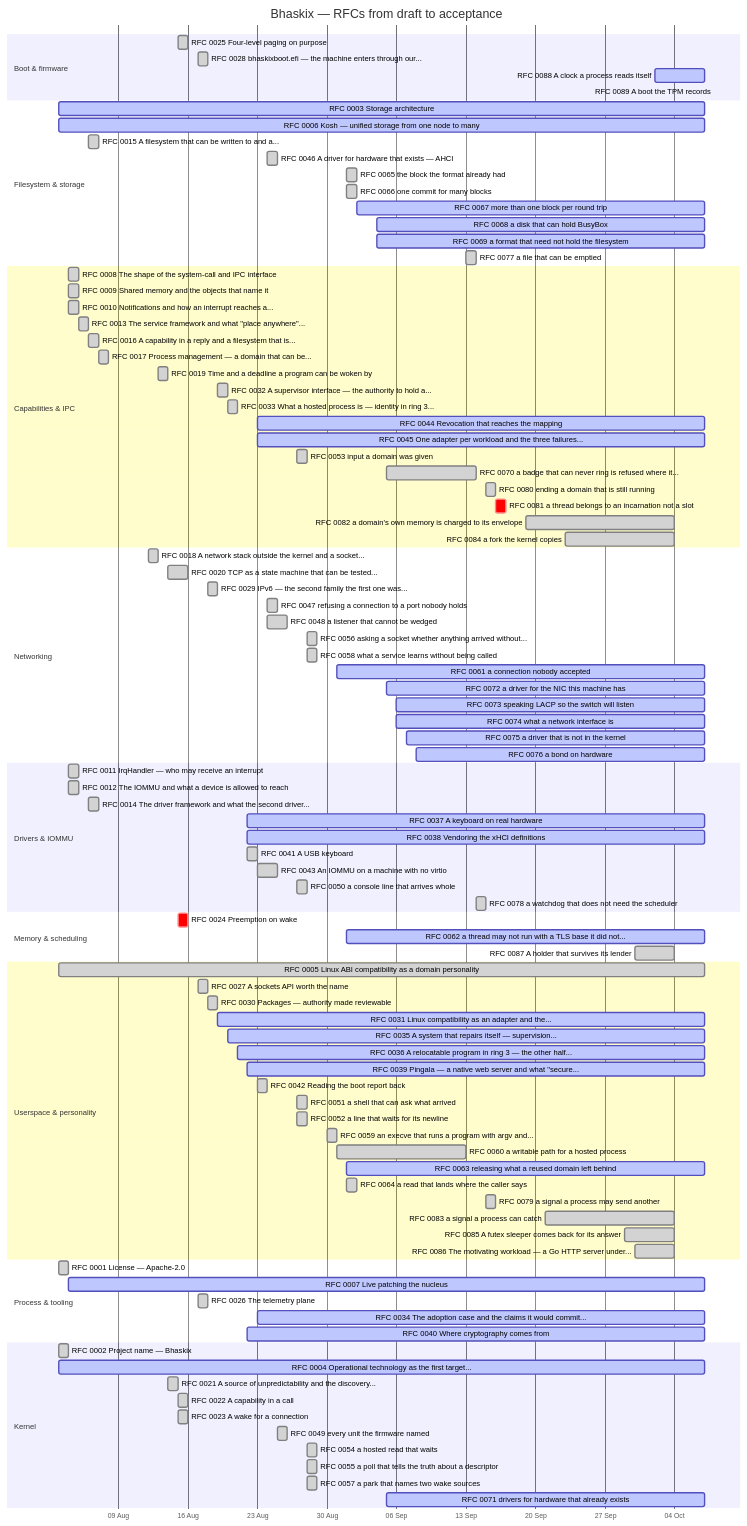
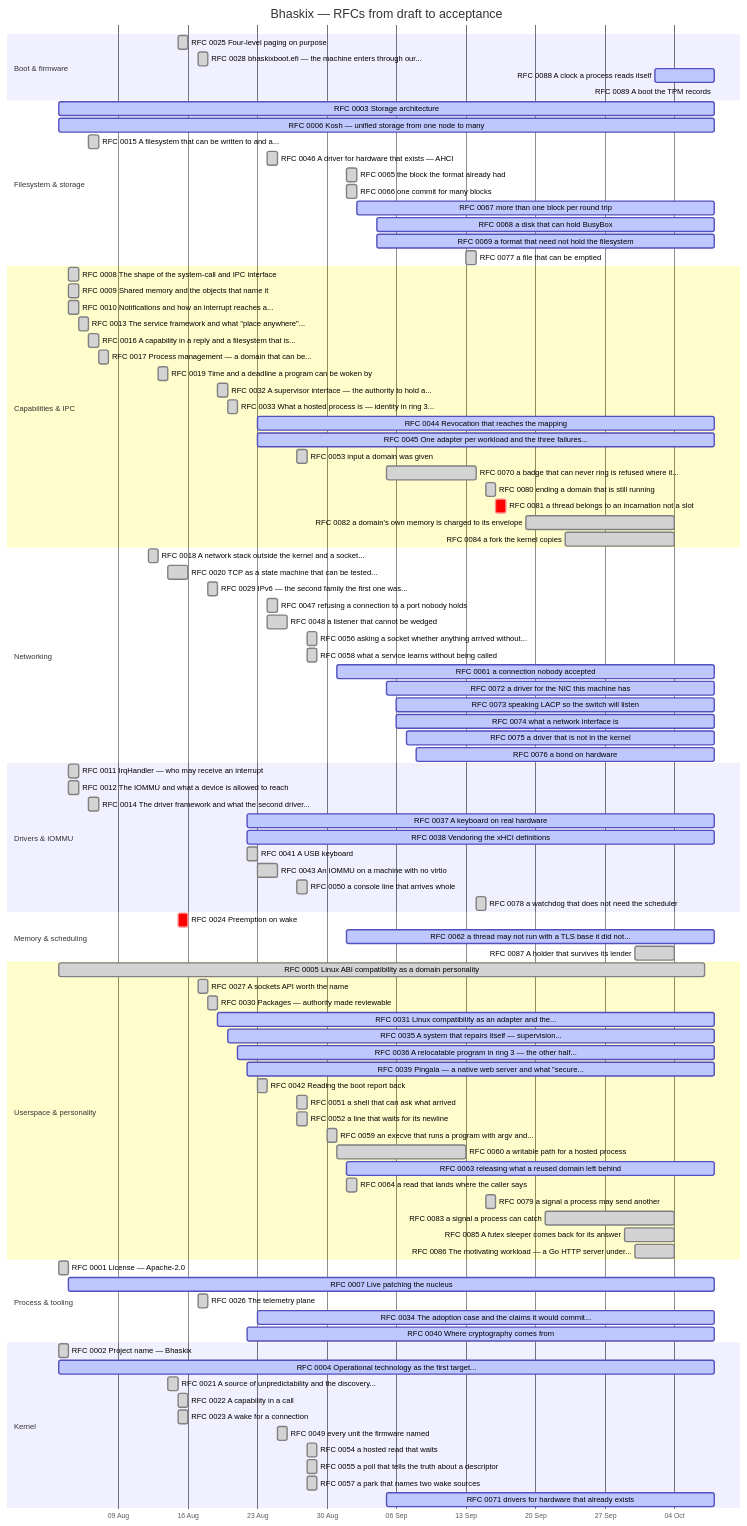
The diagram in docs/progress.md (bhaskix/bhaskix), drawn with Mermaid before and after one commit. The commit also changed other lines of this file and 7 other files, not shown here.

````diff
--- a/docs/progress.md
+++ b/docs/progress.md
@@ -30,18 +30,18 @@
     section Boot & firmware
     RFC 0025 Four-level paging on purpose :done, r0025, 2026-08-15, 2026-08-16
     RFC 0028 bhaskixboot.efi — the machine enters through our... :done, r0028, 2026-08-17, 2026-08-18
-    RFC 0088 A clock a process reads itself :active, r0088, 2026-10-02, 2026-10-07
+    RFC 0088 A clock a process reads itself :active, r0088, 2026-10-02, 2026-10-08
     RFC 0089 A boot the TPM records :active, r0089, 2026-10-08, 2026-10-08
     section Filesystem & storage
-    RFC 0003 Storage architecture :active, r0003, 2026-08-03, 2026-10-07
-    RFC 0006 Kosh — unified storage from one node to many :active, r0006, 2026-08-03, 2026-10-07
+    RFC 0003 Storage architecture :active, r0003, 2026-08-03, 2026-10-08
+    RFC 0006 Kosh — unified storage from one node to many :active, r0006, 2026-08-03, 2026-10-08
     RFC 0015 A filesystem that can be written to and a... :done, r0015, 2026-08-06, 1d
     RFC 0046 A driver for hardware that exists — AHCI :done, r0046, 2026-08-24, 1d
     RFC 0065 the block the format already had :done, r0065, 2026-09-01, 1d
     RFC 0066 one commit for many blocks :done, r0066, 2026-09-01, 1d
-    RFC 0067 more than one block per round trip :active, r0067, 2026-09-02, 2026-10-07
-    RFC 0068 a disk that can hold BusyBox :active, r0068, 2026-09-04, 2026-10-07
-    RFC 0069 a format that need not hold the filesystem :active, r0069, 2026-09-04, 2026-10-07
+    RFC 0067 more than one block per round trip :active, r0067, 2026-09-02, 2026-10-08
+    RFC 0068 a disk that can hold BusyBox :active, r0068, 2026-09-04, 2026-10-08
+    RFC 0069 a format that need not hold the filesystem :active, r0069, 2026-09-04, 2026-10-08
     RFC 0077 a file that can be emptied :done, r0077, 2026-09-13, 1d
     section Capabilities & IPC
     RFC 0008 The shape of the system-call and IPC interface :done, r0008, 2026-08-04, 1d
@@ -53,8 +53,8 @@
     RFC 0019 Time and a deadline a program can be woken by :done, r0019, 2026-08-13, 2026-08-14
     RFC 0032 A supervisor interface — the authority to hold a... :done, r0032, 2026-08-19, 2026-08-20
     RFC 0033 What a hosted process is — identity in ring 3... :done, r0033, 2026-08-20, 1d
-    RFC 0044 Revocation that reaches the mapping :active, r0044, 2026-08-23, 2026-10-07
-    RFC 0045 One adapter per workload and the three failures... :active, r0045, 2026-08-23, 2026-10-07
+    RFC 0044 Revocation that reaches the mapping :active, r0044, 2026-08-23, 2026-10-08
+    RFC 0045 One adapter per workload and the three failures... :active, r0045, 2026-08-23, 2026-10-08
     RFC 0053 input a domain was given :done, r0053, 2026-08-27, 1d
     RFC 0070 a badge that can never ring is refused where it... :done, r0070, 2026-09-05, 2026-09-14
     RFC 0080 ending a domain that is still running :done, r0080, 2026-09-15, 1d
@@ -69,40 +69,40 @@
     RFC 0048 a listener that cannot be wedged :done, r0048, 2026-08-24, 2026-08-26
     RFC 0056 asking a socket whether anything arrived without... :done, r0056, 2026-08-28, 1d
     RFC 0058 what a service learns without being called :done, r0058, 2026-08-28, 1d
-    RFC 0061 a connection nobody accepted :active, r0061, 2026-08-31, 2026-10-07
-    RFC 0072 a driver for the NIC this machine has :active, r0072, 2026-09-05, 2026-10-07
-    RFC 0073 speaking LACP so the switch will listen :active, r0073, 2026-09-06, 2026-10-07
-    RFC 0074 what a network interface is :active, r0074, 2026-09-06, 2026-10-07
-    RFC 0075 a driver that is not in the kernel :active, r0075, 2026-09-07, 2026-10-07
-    RFC 0076 a bond on hardware :active, r0076, 2026-09-08, 2026-10-07
+    RFC 0061 a connection nobody accepted :active, r0061, 2026-08-31, 2026-10-08
+    RFC 0072 a driver for the NIC this machine has :active, r0072, 2026-09-05, 2026-10-08
+    RFC 0073 speaking LACP so the switch will listen :active, r0073, 2026-09-06, 2026-10-08
+    RFC 0074 what a network interface is :active, r0074, 2026-09-06, 2026-10-08
+    RFC 0075 a driver that is not in the kernel :active, r0075, 2026-09-07, 2026-10-08
+    RFC 0076 a bond on hardware :active, r0076, 2026-09-08, 2026-10-08
     section Drivers & IOMMU
     RFC 0011 IrqHandler — who may receive an interrupt :done, r0011, 2026-08-04, 1d
     RFC 0012 The IOMMU and what a device is allowed to reach :done, r0012, 2026-08-04, 1d
     RFC 0014 The driver framework and what the second driver... :done, r0014, 2026-08-06, 1d
-    RFC 0037 A keyboard on real hardware :active, r0037, 2026-08-22, 2026-10-07
-    RFC 0038 Vendoring the xHCI definitions :active, r0038, 2026-08-22, 2026-10-07
+    RFC 0037 A keyboard on real hardware :active, r0037, 2026-08-22, 2026-10-08
+    RFC 0038 Vendoring the xHCI definitions :active, r0038, 2026-08-22, 2026-10-08
     RFC 0041 A USB keyboard :done, r0041, 2026-08-22, 2026-08-23
     RFC 0043 An IOMMU on a machine with no virtio :done, r0043, 2026-08-23, 2026-08-25
     RFC 0050 a console line that arrives whole :done, r0050, 2026-08-27, 1d
     RFC 0078 a watchdog that does not need the scheduler :done, r0078, 2026-09-14, 2026-09-15
     section Memory & scheduling
     RFC 0024 Preemption on wake :crit, r0024, 2026-08-15, 1d
-    RFC 0062 a thread may not run with a TLS base it did not... :active, r0062, 2026-09-01, 2026-10-07
+    RFC 0062 a thread may not run with a TLS base it did not... :active, r0062, 2026-09-01, 2026-10-08
     RFC 0087 A holder that survives its lender :done, r0087, 2026-09-30, 2026-10-04
     section Userspace & personality
     RFC 0005 Linux ABI compatibility as a domain personality :done, r0005, 2026-08-03, 2026-10-07
     RFC 0027 A sockets API worth the name :done, r0027, 2026-08-17, 1d
     RFC 0030 Packages — authority made reviewable :done, r0030, 2026-08-18, 2026-08-19
-    RFC 0031 Linux compatibility as an adapter and the... :active, r0031, 2026-08-19, 2026-10-07
-    RFC 0035 A system that repairs itself — supervision... :active, r0035, 2026-08-20, 2026-10-07
-    RFC 0036 A relocatable program in ring 3 — the other half... :active, r0036, 2026-08-21, 2026-10-07
-    RFC 0039 Pingala — a native web server and what "secure... :active, r0039, 2026-08-22, 2026-10-07
+    RFC 0031 Linux compatibility as an adapter and the... :active, r0031, 2026-08-19, 2026-10-08
+    RFC 0035 A system that repairs itself — supervision... :active, r0035, 2026-08-20, 2026-10-08
+    RFC 0036 A relocatable program in ring 3 — the other half... :active, r0036, 2026-08-21, 2026-10-08
+    RFC 0039 Pingala — a native web server and what "secure... :active, r0039, 2026-08-22, 2026-10-08
     RFC 0042 Reading the boot report back :done, r0042, 2026-08-23, 1d
     RFC 0051 a shell that can ask what arrived :done, r0051, 2026-08-27, 1d
     RFC 0052 a line that waits for its newline :done, r0052, 2026-08-27, 1d
     RFC 0059 an execve that runs a program with argv and... :done, r0059, 2026-08-30, 1d
     RFC 0060 a writable path for a hosted process :done, r0060, 2026-08-31, 2026-09-13
-    RFC 0063 releasing what a reused domain left behind :active, r0063, 2026-09-01, 2026-10-07
+    RFC 0063 releasing what a reused domain left behind :active, r0063, 2026-09-01, 2026-10-08
     RFC 0064 a read that lands where the caller says :done, r0064, 2026-09-01, 1d
     RFC 0079 a signal a process may send another :done, r0079, 2026-09-15, 1d
     RFC 0083 a signal a process can catch :done, r0083, 2026-09-21, 2026-10-04
@@ -110,13 +110,13 @@
     RFC 0086 The motivating workload — a Go HTTP server under... :done, r0086, 2026-09-30, 2026-10-04
     section Process & tooling
     RFC 0001 License — Apache-2.0 :done, r0001, 2026-08-03, 1d
-    RFC 0007 Live patching the nucleus :active, r0007, 2026-08-04, 2026-10-07
+    RFC 0007 Live patching the nucleus :active, r0007, 2026-08-04, 2026-10-08
     RFC 0026 The telemetry plane :done, r0026, 2026-08-17, 1d
-    RFC 0034 The adoption case and the claims it would commit... :active, r0034, 2026-08-23, 2026-10-07
-    RFC 0040 Where cryptography comes from :active, r0040, 2026-08-22, 2026-10-07
+    RFC 0034 The adoption case and the claims it would commit... :active, r0034, 2026-08-23, 2026-10-08
+    RFC 0040 Where cryptography comes from :active, r0040, 2026-08-22, 2026-10-08
     section Kernel
     RFC 0002 Project name — Bhaskix :done, r0002, 2026-08-03, 1d
-    RFC 0004 Operational technology as the first target... :active, r0004, 2026-08-03, 2026-10-07
+    RFC 0004 Operational technology as the first target... :active, r0004, 2026-08-03, 2026-10-08
     RFC 0021 A source of unpredictability and the discovery... :done, r0021, 2026-08-14, 1d
     RFC 0022 A capability in a call :done, r0022, 2026-08-15, 2026-08-16
     RFC 0023 A wake for a connection :done, r0023, 2026-08-15, 2026-08-16
@@ -124,5 +124,5 @@
     RFC 0054 a hosted read that waits :done, r0054, 2026-08-28, 1d
     RFC 0055 a poll that tells the truth about a descriptor :done, r0055, 2026-08-28, 1d
     RFC 0057 a park that names two wake sources :done, r0057, 2026-08-28, 1d
-    RFC 0071 drivers for hardware that already exists :active, r0071, 2026-09-05, 2026-10-07
+    RFC 0071 drivers for hardware that already exists :active, r0071, 2026-09-05, 2026-10-08
 ```
````
